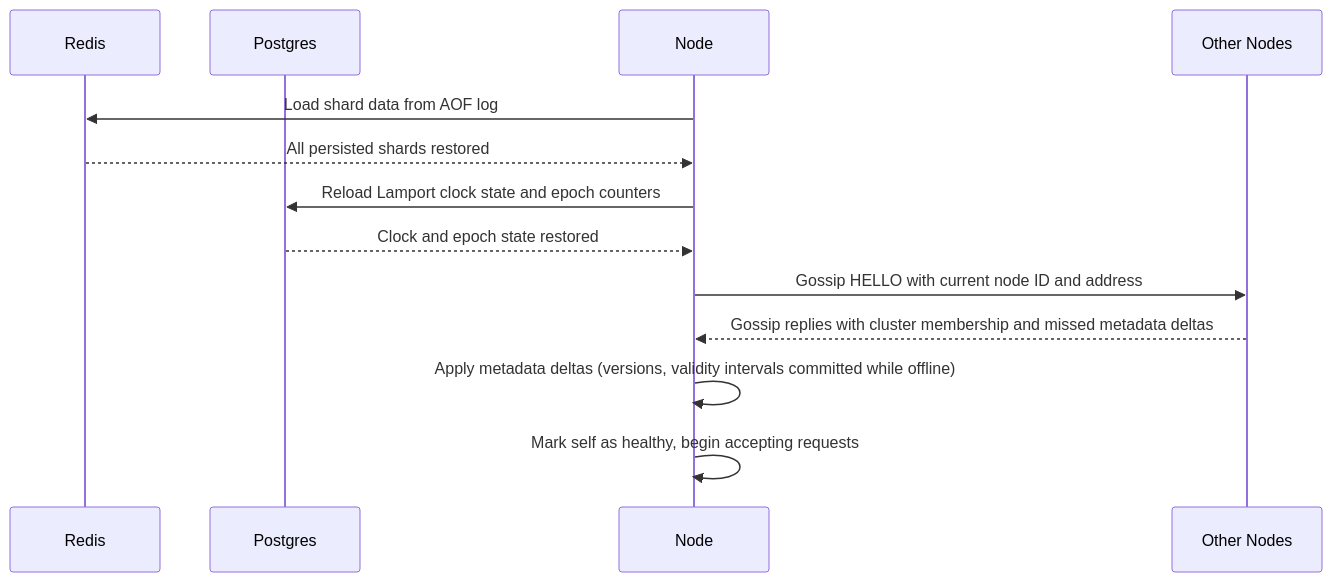
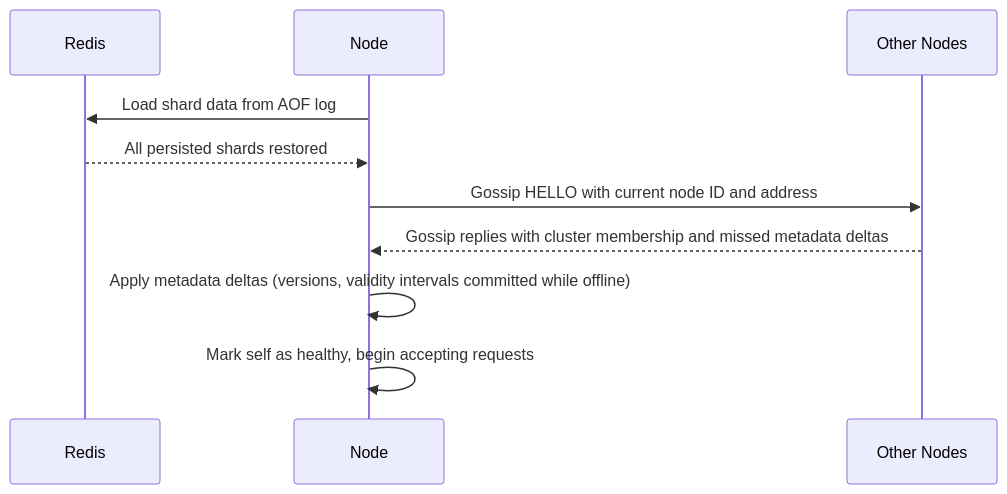
The fourth of 5 diagrams in docs/challenges.md (S26-Distributed-Capstone/DistributedSecretsVault), drawn with Mermaid before and after one commit. The commit also changed other lines of this file and 6 other files, not shown here.

````diff
--- a/docs/challenges.md
+++ b/docs/challenges.md
@@ -262,16 +270,13 @@
 ```mermaid
 sequenceDiagram
     participant Redis
-    participant Postgres
     participant Node
     participant Cluster as Other Nodes
 
     Node->>Redis: Load shard data from AOF log
     Redis-->>Node: All persisted shards restored
-    Node->>Postgres: Reload Lamport clock state and epoch counters
-    Postgres-->>Node: Clock and epoch state restored
     Node->>Cluster: Gossip HELLO with current node ID and address
     Cluster-->>Node: Gossip replies with cluster membership and missed metadata deltas
     Node->>Node: Apply metadata deltas (versions, validity intervals committed while offline)
     Node->>Node: Mark self as healthy, begin accepting requests
 ```
````
